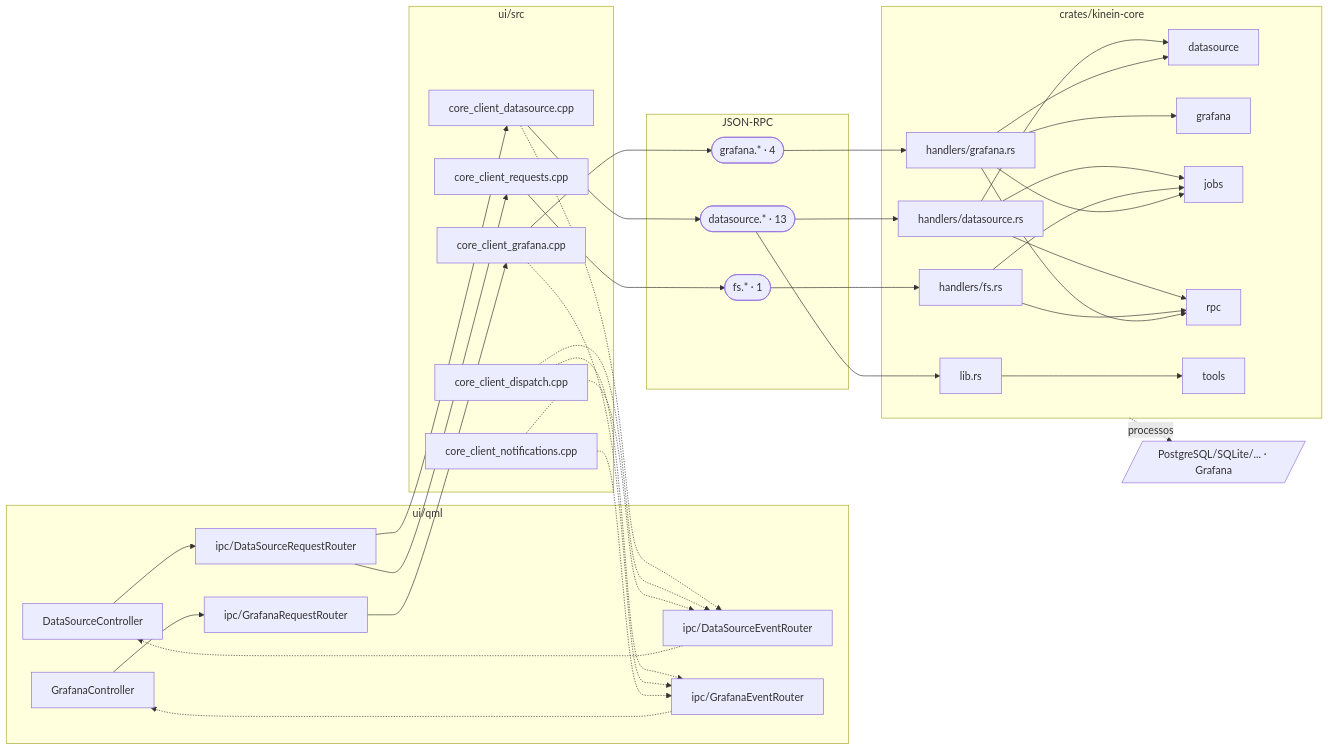
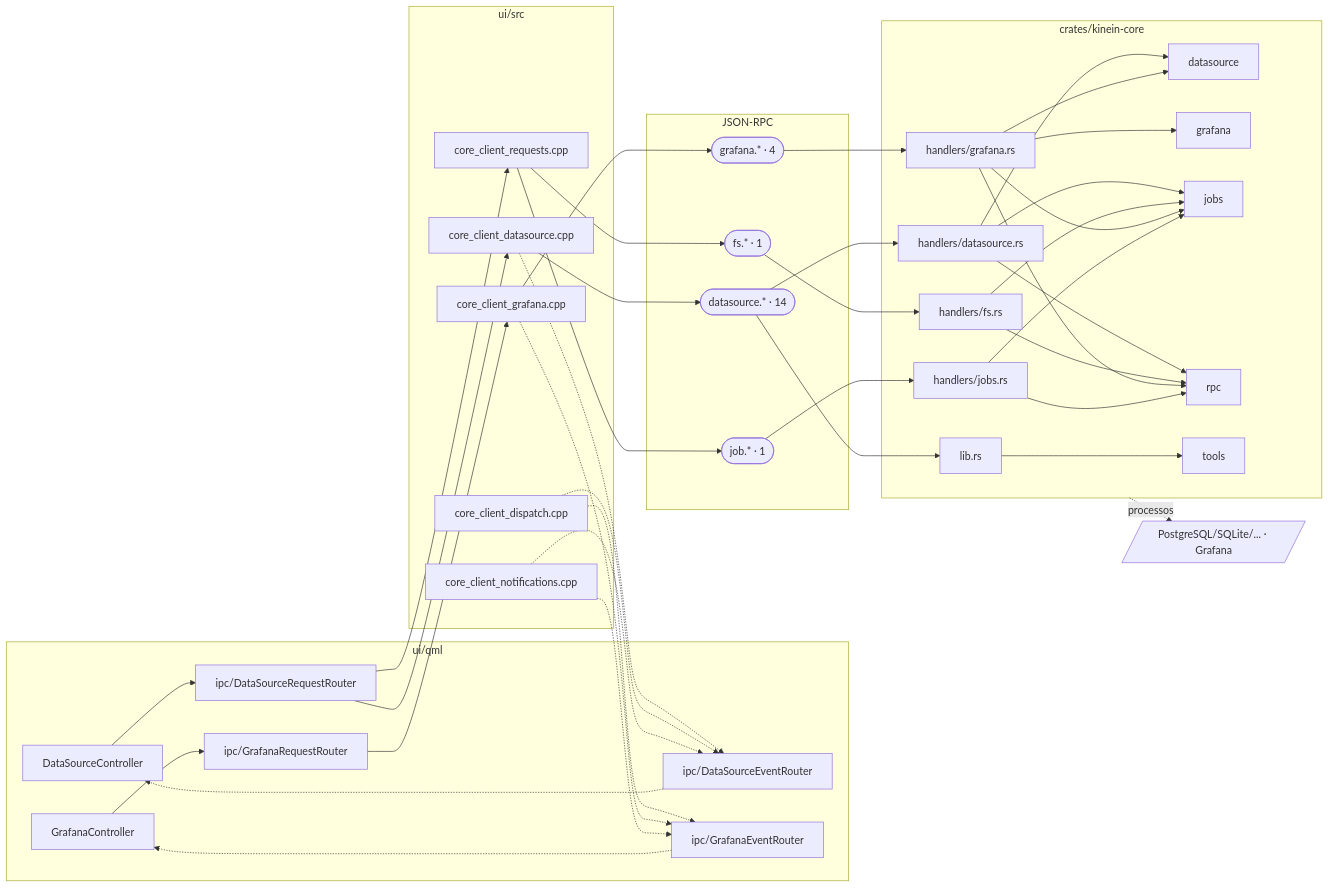
Diagram 13 of 16 in DocsPublic/arquitetura/01-mapa-de-modulos.md (ViktorWalde/KineinVectis), drawn with Mermaid before and after one commit. The commit also changed other lines of this file and 65 other files, not shown here.

````diff
--- a/DocsPublic/arquitetura/01-mapa-de-modulos.md
+++ b/DocsPublic/arquitetura/01-mapa-de-modulos.md
@@ -1106,66 +1106,72 @@
 ```mermaid
 flowchart LR
   subgraph QML["ui/qml"]
     n_ui_qml_datasource_DataSourceController_qml["DataSourceController"]
     n_ui_qml_grafana_GrafanaController_qml["GrafanaController"]
     n_ui_qml_ipc_DataSourceRequestRouter_qml["ipc/DataSourceRequestRouter"]
     n_ui_qml_ipc_DataSourceEventRouter_qml["ipc/DataSourceEventRouter"]
     n_ui_qml_ipc_GrafanaRequestRouter_qml["ipc/GrafanaRequestRouter"]
     n_ui_qml_ipc_GrafanaEventRouter_qml["ipc/GrafanaEventRouter"]
   end
   subgraph CPP["ui/src"]
     n_ui_src_core_client_datasource_cpp["core_client_datasource.cpp"]
     n_ui_src_core_client_dispatch_cpp["core_client_dispatch.cpp"]
     n_ui_src_core_client_grafana_cpp["core_client_grafana.cpp"]
     n_ui_src_core_client_notifications_cpp["core_client_notifications.cpp"]
     n_ui_src_core_client_requests_cpp["core_client_requests.cpp"]
   end
   subgraph IPC["JSON-RPC"]
-    n_ipc_datasource(["datasource.* · 13"])
+    n_ipc_datasource(["datasource.* · 14"])
     n_ipc_fs(["fs.* · 1"])
     n_ipc_grafana(["grafana.* · 4"])
+    n_ipc_job(["job.* · 1"])
   end
   subgraph CORE["crates/kinein-core"]
     n_crates_kinein_core_src_handlers_datasource_rs["handlers/datasource.rs"]
     n_crates_kinein_core_src_handlers_fs_rs["handlers/fs.rs"]
     n_crates_kinein_core_src_handlers_grafana_rs["handlers/grafana.rs"]
+    n_crates_kinein_core_src_handlers_jobs_rs["handlers/jobs.rs"]
     n_crates_kinein_core_src_lib_rs["lib.rs"]
     n_core_datasource[datasource]
     n_core_grafana[grafana]
     n_core_jobs[jobs]
     n_core_rpc[rpc]
     n_core_tools[tools]
   end
   n_tools_data[/"PostgreSQL/SQLite/... · Grafana"/]
   n_ui_qml_datasource_DataSourceController_qml --> n_ui_qml_ipc_DataSourceRequestRouter_qml
   n_ui_qml_grafana_GrafanaController_qml --> n_ui_qml_ipc_GrafanaRequestRouter_qml
   n_ui_qml_ipc_DataSourceEventRouter_qml -.-> n_ui_qml_datasource_DataSourceController_qml
   n_ui_qml_ipc_DataSourceRequestRouter_qml --> n_ui_src_core_client_datasource_cpp
   n_ui_qml_ipc_DataSourceRequestRouter_qml --> n_ui_src_core_client_requests_cpp
   n_ui_qml_ipc_GrafanaEventRouter_qml -.-> n_ui_qml_grafana_GrafanaController_qml
   n_ui_qml_ipc_GrafanaRequestRouter_qml --> n_ui_src_core_client_grafana_cpp
   n_ui_src_core_client_datasource_cpp --> n_ipc_datasource
   n_ui_src_core_client_datasource_cpp -.-> n_ui_qml_ipc_DataSourceEventRouter_qml
   n_ui_src_core_client_dispatch_cpp -.-> n_ui_qml_ipc_DataSourceEventRouter_qml
   n_ui_src_core_client_dispatch_cpp -.-> n_ui_qml_ipc_GrafanaEventRouter_qml
   n_ui_src_core_client_grafana_cpp --> n_ipc_grafana
   n_ui_src_core_client_grafana_cpp -.-> n_ui_qml_ipc_GrafanaEventRouter_qml
   n_ui_src_core_client_notifications_cpp -.-> n_ui_qml_ipc_DataSourceEventRouter_qml
   n_ui_src_core_client_notifications_cpp -.-> n_ui_qml_ipc_GrafanaEventRouter_qml
   n_ui_src_core_client_requests_cpp --> n_ipc_fs
+  n_ui_src_core_client_requests_cpp --> n_ipc_job
   n_ipc_datasource --> n_crates_kinein_core_src_handlers_datasource_rs
   n_crates_kinein_core_src_handlers_datasource_rs --> n_core_datasource
   n_crates_kinein_core_src_handlers_datasource_rs --> n_core_jobs
   n_crates_kinein_core_src_handlers_datasource_rs --> n_core_rpc
   n_ipc_fs --> n_crates_kinein_core_src_handlers_fs_rs
   n_crates_kinein_core_src_handlers_fs_rs --> n_core_jobs
   n_crates_kinein_core_src_handlers_fs_rs --> n_core_rpc
   n_ipc_grafana --> n_crates_kinein_core_src_handlers_grafana_rs
   n_crates_kinein_core_src_handlers_grafana_rs --> n_core_datasource
   n_crates_kinein_core_src_handlers_grafana_rs --> n_core_grafana
   n_crates_kinein_core_src_handlers_grafana_rs --> n_core_jobs
   n_crates_kinein_core_src_handlers_grafana_rs --> n_core_rpc
+  n_ipc_job --> n_crates_kinein_core_src_handlers_jobs_rs
+  n_crates_kinein_core_src_handlers_jobs_rs --> n_core_jobs
+  n_crates_kinein_core_src_handlers_jobs_rs --> n_core_rpc
   n_ipc_datasource --> n_crates_kinein_core_src_lib_rs
   n_crates_kinein_core_src_lib_rs --> n_core_tools
   CORE -.->|processos| n_tools_data
 ```
````
